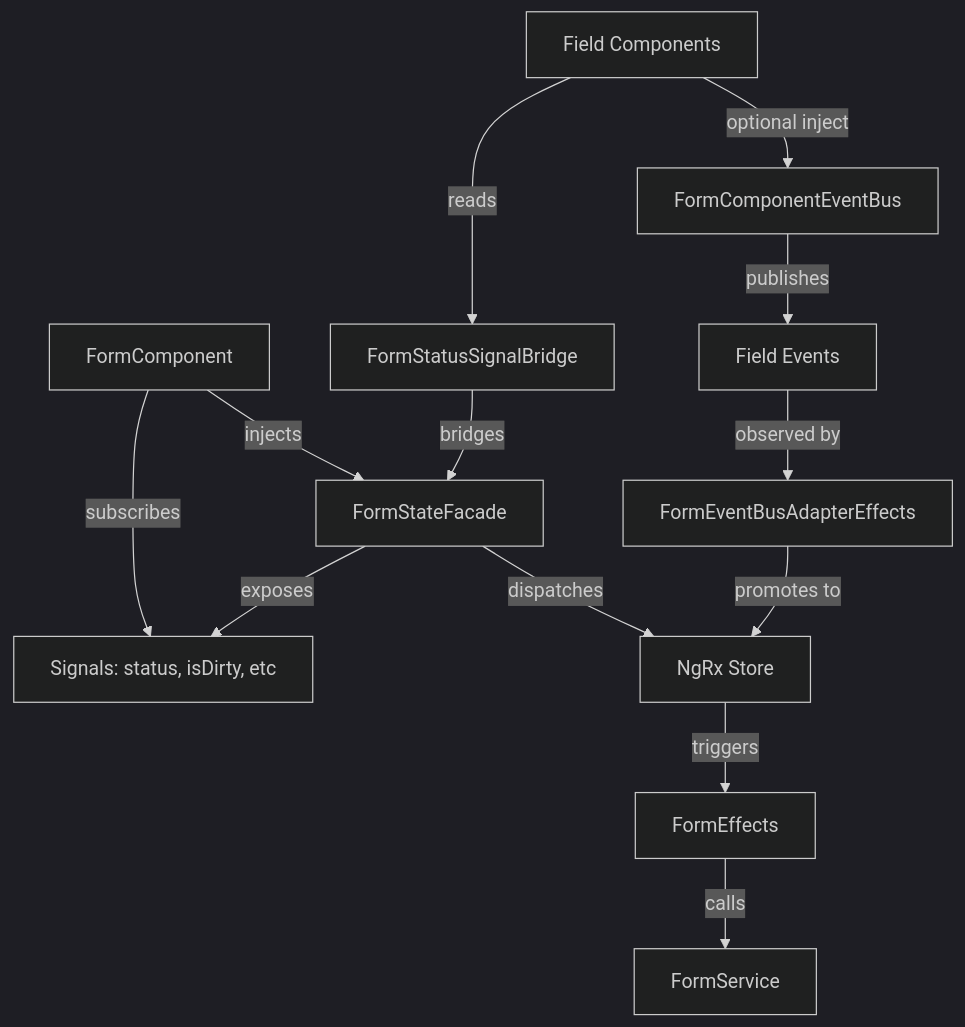
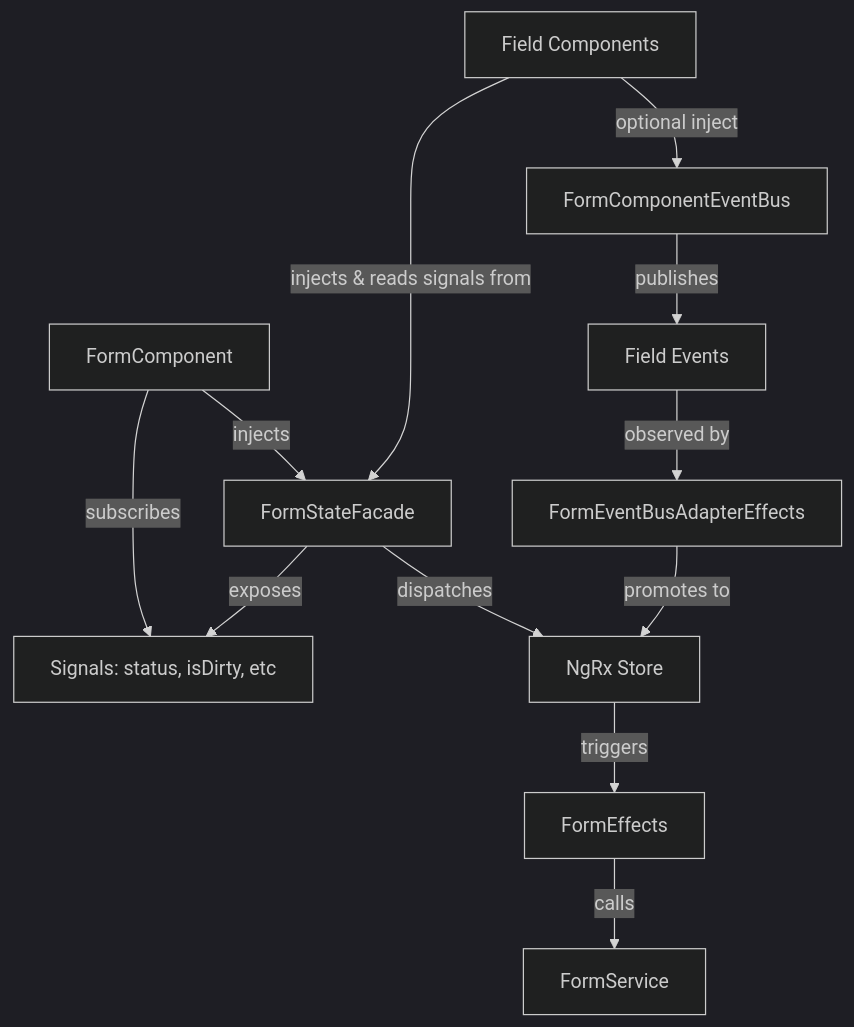
One commit to redbox-mint/redbox-portal changed the diagram in angular/projects/researchdatabox/form/src/app/form-state/README.md. Above: the diagram before and after it, drawn with Mermaid (dark theme). The commit also changed other lines of this file, not shown here.

Commit message:
docs: update README to clarify usage of FormStateFacade and remove references to FormStatusSignalBridge

````diff
--- a/angular/projects/researchdatabox/form/src/app/form-state/README.md
+++ b/angular/projects/researchdatabox/form/src/app/form-state/README.md
@@ -13,17 +13,16 @@
 ```mermaid
 graph TD
     A[FormComponent] -->|injects| B[FormStateFacade]
     B -->|dispatches| C[NgRx Store]
     C -->|triggers| D[FormEffects]
     D -->|calls| E[FormService]
     B -->|exposes| F[Signals: status, isDirty, etc]
     A -->|subscribes| F
     
     G[Field Components] -->|optional inject| H[FormComponentEventBus]
     H -->|publishes| I[Field Events]
     I -->|observed by| J[FormEventBusAdapterEffects]
     J -->|promotes to| C
     
-    G -->|reads| K[FormStatusSignalBridge]
-    K -->|bridges| B
+  G -->|injects & reads signals from| B
 ```
````
